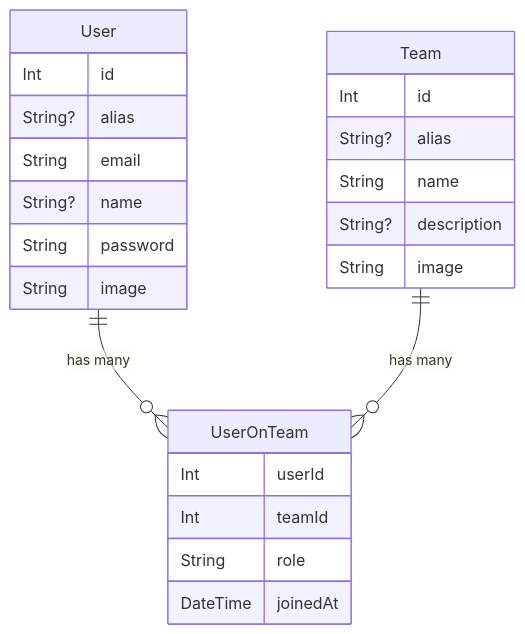
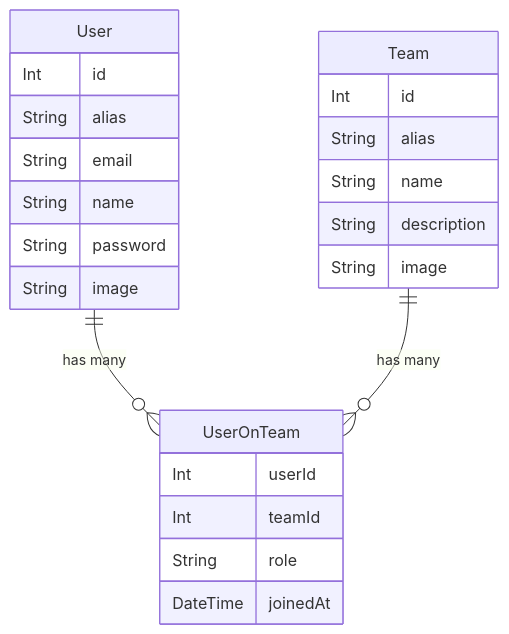
The diagram in README.md (rafaelguerrae/TeamSync), drawn with Mermaid before and after one commit. The commit also changed other lines of this file and 45 other files, not shown here.

````diff
--- a/README.md
+++ b/README.md
@@ -98,29 +97,29 @@
 ```mermaid
 erDiagram
     User ||--o{ UserOnTeam : "has many"
     Team ||--o{ UserOnTeam : "has many"
     
     User {
         Int id
-        String? alias
+        String alias
         String email
-        String? name
+        String name
         String password
         String image
     }
     
     Team {
         Int id
-        String? alias
+        String alias
         String name
-        String? description
+        String description
         String image
     }
     
     UserOnTeam {
         Int userId
         Int teamId
         String role
         DateTime joinedAt
     }
 ```
````
